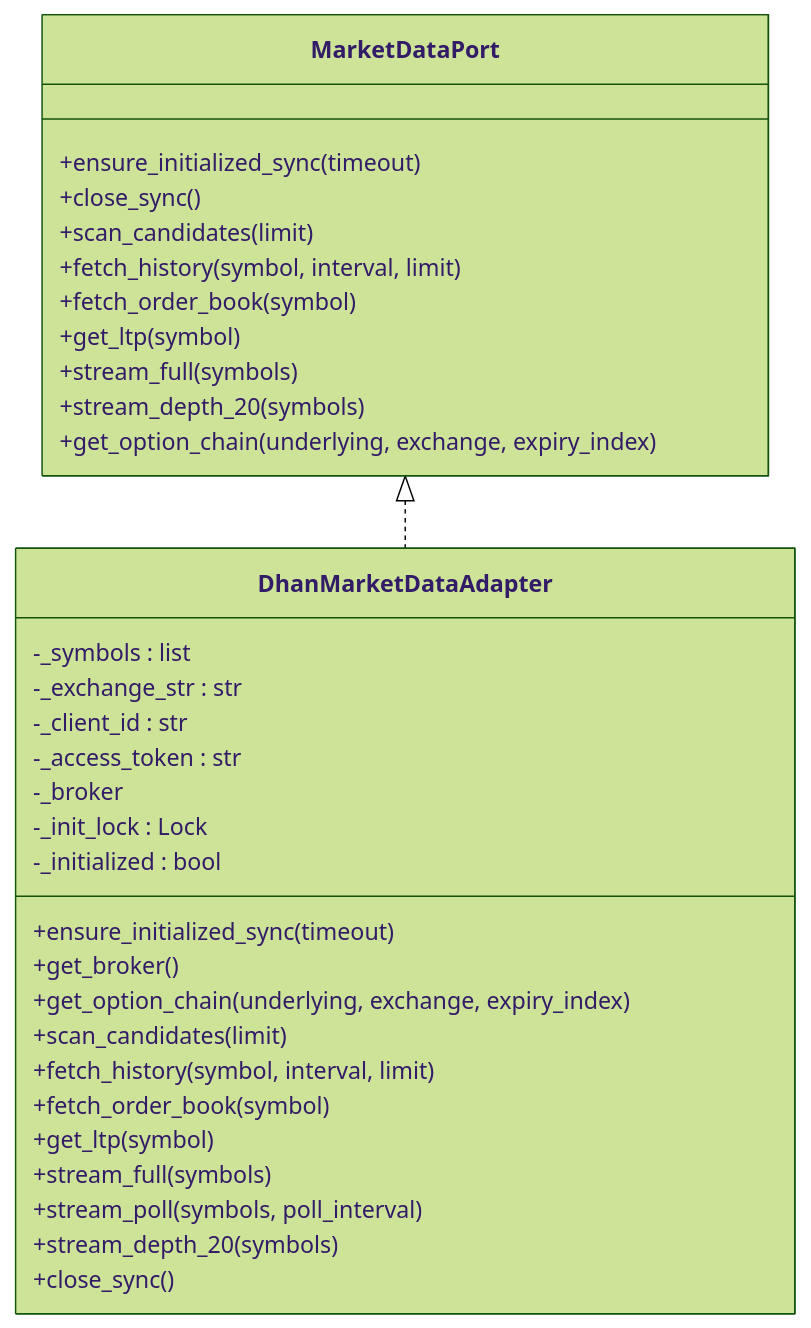
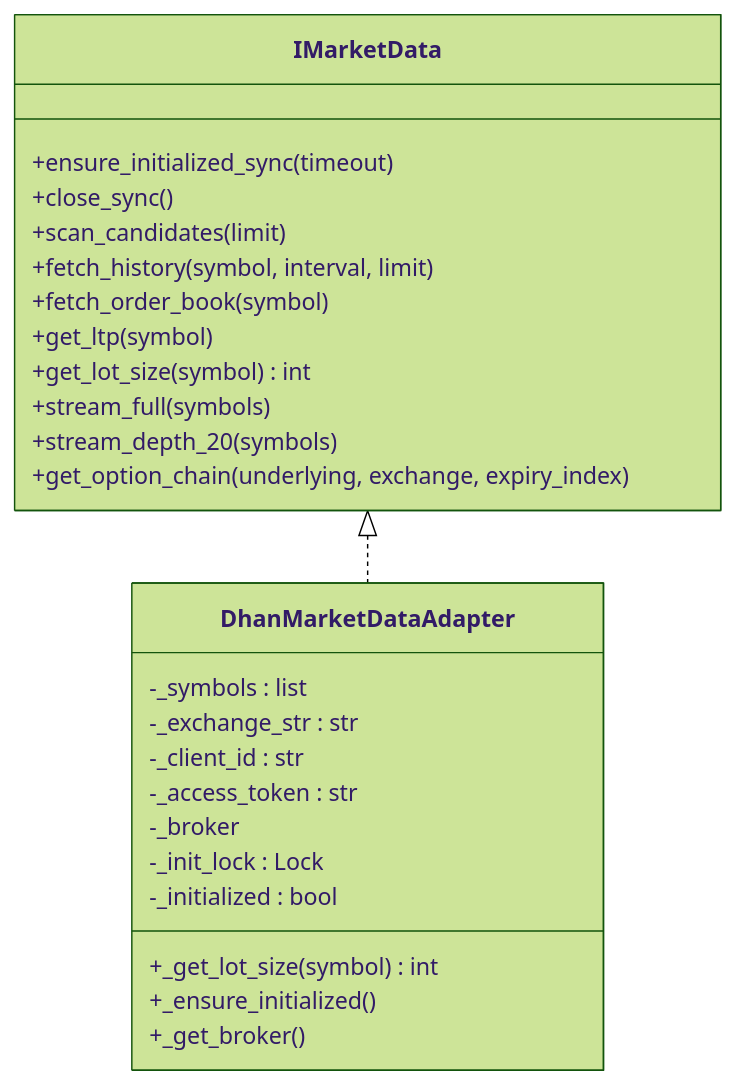
Before and after one commit to gemrajkhatry-maker/v5-of-glassytrade-ai: the fifth of 8 diagrams in .qoder/repowiki/en/content/Backend Application/Infrastructure Adapters/Broker Adapters.md, drawn with Mermaid (forest theme). The commit also changed other lines of this file and 219 other files, not shown here.

First line of the commit message:
refactor: major architecture improvements across backend, backendv2, brokers, and frontend

````diff
--- a/.qoder/repowiki/en/content/Backend Application/Infrastructure Adapters/Broker Adapters.md
+++ b/.qoder/repowiki/en/content/Backend Application/Infrastructure Adapters/Broker Adapters.md
@@ -166,35 +293,28 @@
 ```mermaid
 classDiagram
-class MarketDataPort {
+class IMarketData {
 +ensure_initialized_sync(timeout)
 +close_sync()
 +scan_candidates(limit)
 +fetch_history(symbol, interval, limit)
 +fetch_order_book(symbol)
 +get_ltp(symbol)
++get_lot_size(symbol) int
 +stream_full(symbols)
 +stream_depth_20(symbols)
 +get_option_chain(underlying, exchange, expiry_index)
 }
 class DhanMarketDataAdapter {
 -_symbols : list
 -_exchange_str : str
 -_client_id : str
 -_access_token : str
 -_broker
 -_init_lock : Lock
 -_initialized : bool
-+ensure_initialized_sync(timeout)
-+get_broker()
-+get_option_chain(underlying, exchange, expiry_index)
-+scan_candidates(limit)
-+fetch_history(symbol, interval, limit)
-+fetch_order_book(symbol)
-+get_ltp(symbol)
-+stream_full(symbols)
-+stream_poll(symbols, poll_interval)
-+stream_depth_20(symbols)
-+close_sync()
++_get_lot_size(symbol) int
++_ensure_initialized()
++_get_broker()
 }
-MarketDataPort <|.. DhanMarketDataAdapter
+IMarketData <|.. DhanMarketDataAdapter
 ```
````
